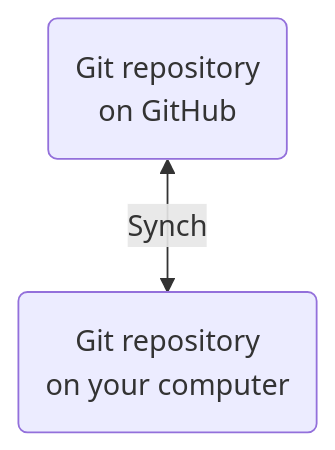
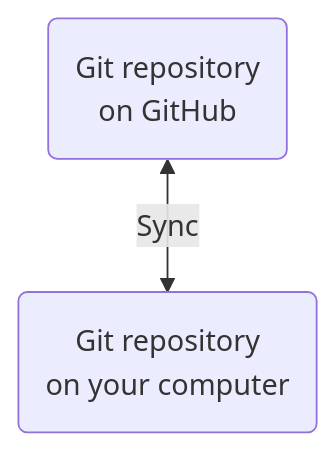
Before and after one commit to rostools/github-intro: the diagram in includes/_github-basics.qmd, drawn with Mermaid. The commit also changed other lines of this file and 3 other files, not shown here.

First line of the commit message:
refactor: ♻️ review of Git and GitHub section (#138)

````diff
--- a/includes/_github-basics.qmd
+++ b/includes/_github-basics.qmd
@@ -53,7 +53,7 @@
 ```{mermaid}
 %%| label: fig-git-sync-github
 %%| fig-cap: "How Git and GitHub can work together by synchronising changes between GitHub and your computer."
 %%| fig-alt: "A diagram showing two boxes, one of a Git repository on your computer and another of a Git repository on GitHub, along with an arrow between each box showing them synchronise between both."
 graph
-  github(Git repository<br>on GitHub) <-- Synch --> git(Git repository<br>on your computer)
+  github(Git repository<br>on GitHub) <-- Sync --> git(Git repository<br>on your computer)
 ```
````
